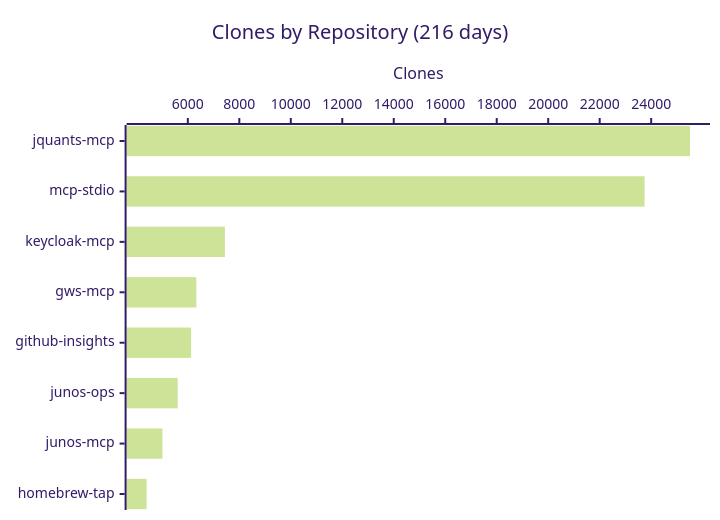
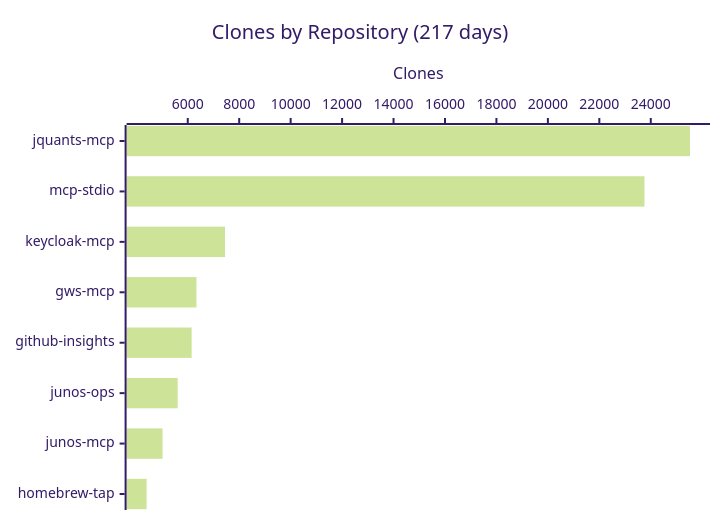
Before and after one commit to shigechika/github-insights: the fourth of 4 diagrams in README.md, drawn with Mermaid (forest theme). The commit also changed other lines of this file and 2 other files, not shown here.

````diff
--- a/README.md
+++ b/README.md
@@ -58,7 +58,7 @@
 ```mermaid
 xychart-beta horizontal
-    title "Clones by Repository (216 days)"
+    title "Clones by Repository (217 days)"
     x-axis ["jquants-mcp", "mcp-stdio", "keycloak-mcp", "gws-mcp", "github-insights", "junos-ops", "junos-mcp", "homebrew-tap"]
     y-axis "Clones"
-    bar [25508, 23745, 7441, 6331, 6127, 5606, 5014, 4399]
+    bar [25524, 23755, 7449, 6338, 6152, 5608, 5021, 4401]
 ```
````
